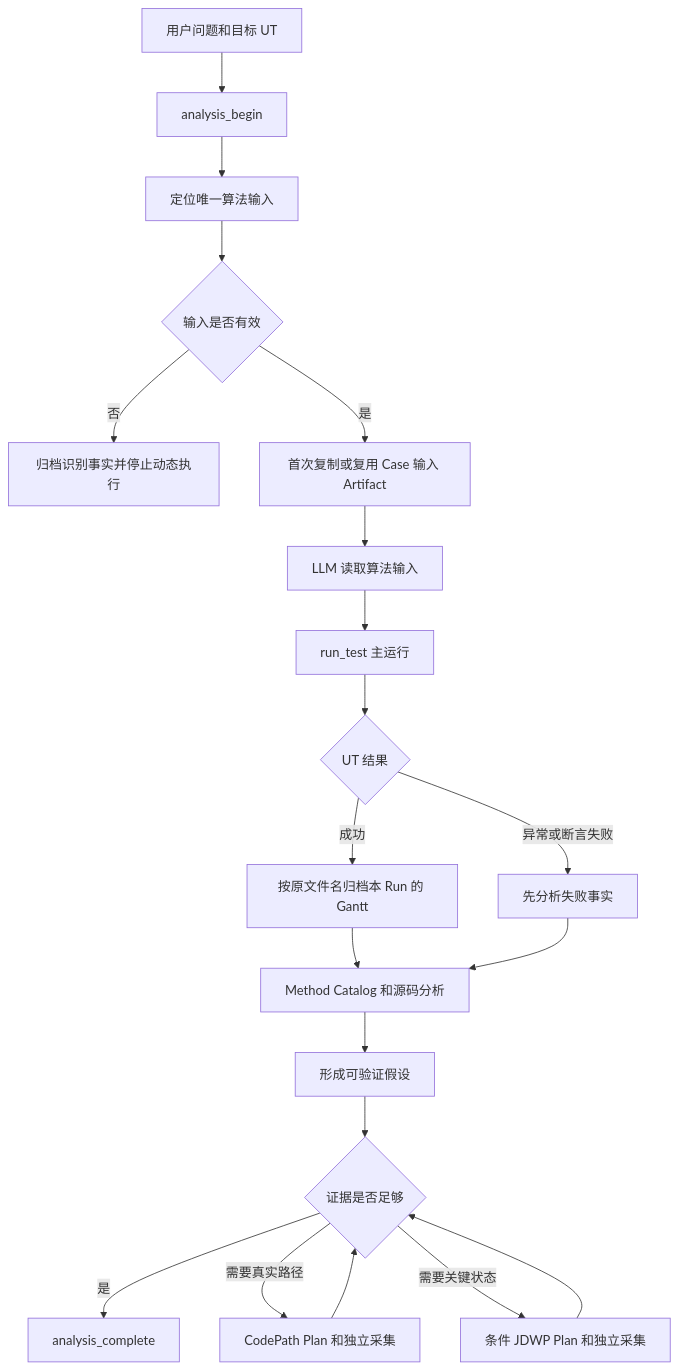
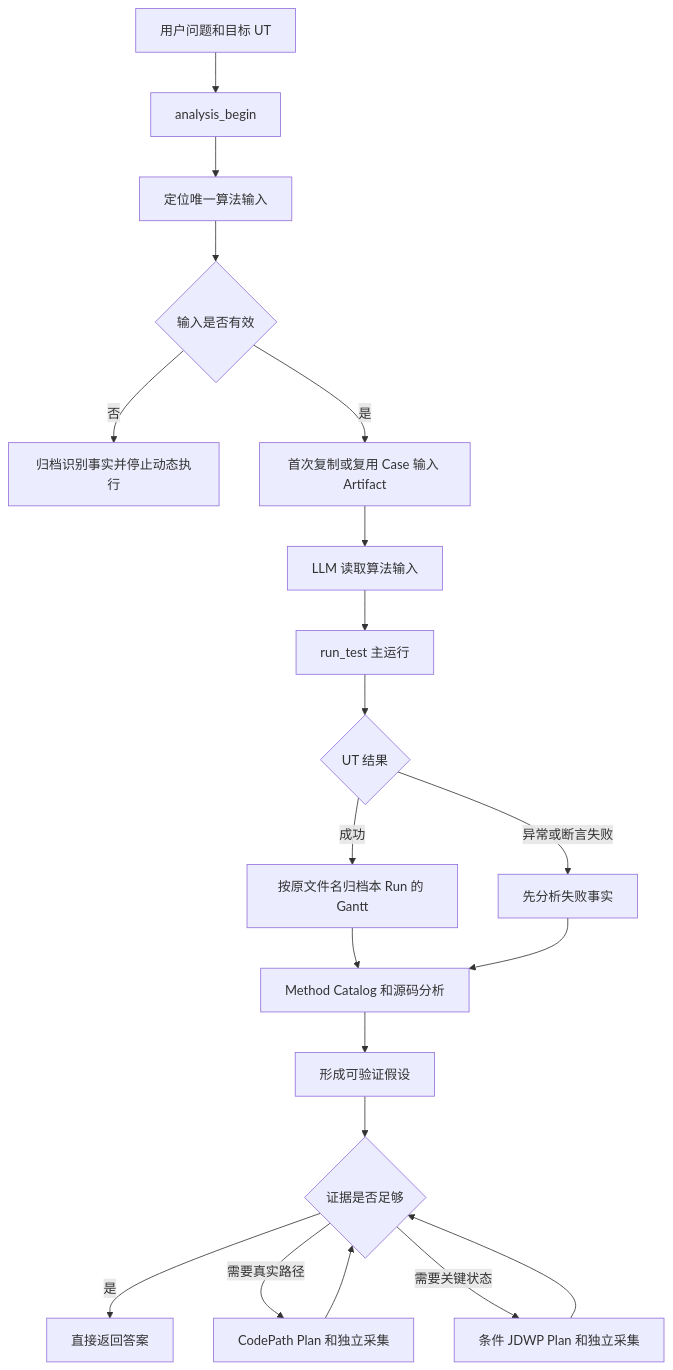
Before and after one commit to mh90901119-oss/algorithm-debug-agent: the diagram in docs/designs/2026-09-01-input-first-causal-evidence-and-conditional-jdwp-design.md, drawn with Mermaid. The commit also changed other lines of this file and 248 other files, not shown here.

````diff
--- a/docs/designs/2026-09-01-input-first-causal-evidence-and-conditional-jdwp-design.md
+++ b/docs/designs/2026-09-01-input-first-causal-evidence-and-conditional-jdwp-design.md
@@ -20,22 +20,22 @@
 ```mermaid
 flowchart TD
     U["用户问题和目标 UT"] --> B["analysis_begin"]
     B --> I["定位唯一算法输入"]
     I --> G{"输入是否有效"}
     G -->|否| S["归档识别事实并停止动态执行"]
     G -->|是| A["首次复制或复用 Case 输入 Artifact"]
     A --> R["LLM 读取算法输入"]
     R --> T["run_test 主运行"]
     T --> O{"UT 结果"}
     O -->|成功| J["按原文件名归档本 Run 的 Gantt"]
     O -->|异常或断言失败| F["先分析失败事实"]
     J --> M["Method Catalog 和源码分析"]
     F --> M
     M --> H["形成可验证假设"]
     H --> E{"证据是否足够"}
-    E -->|是| C["analysis_complete"]
+    E -->|是| C["直接返回答案"]
     E -->|需要真实路径| P["CodePath Plan 和独立采集"]
     E -->|需要关键状态| D["条件 JDWP Plan 和独立采集"]
     P --> E
     D --> E
 ```
````
